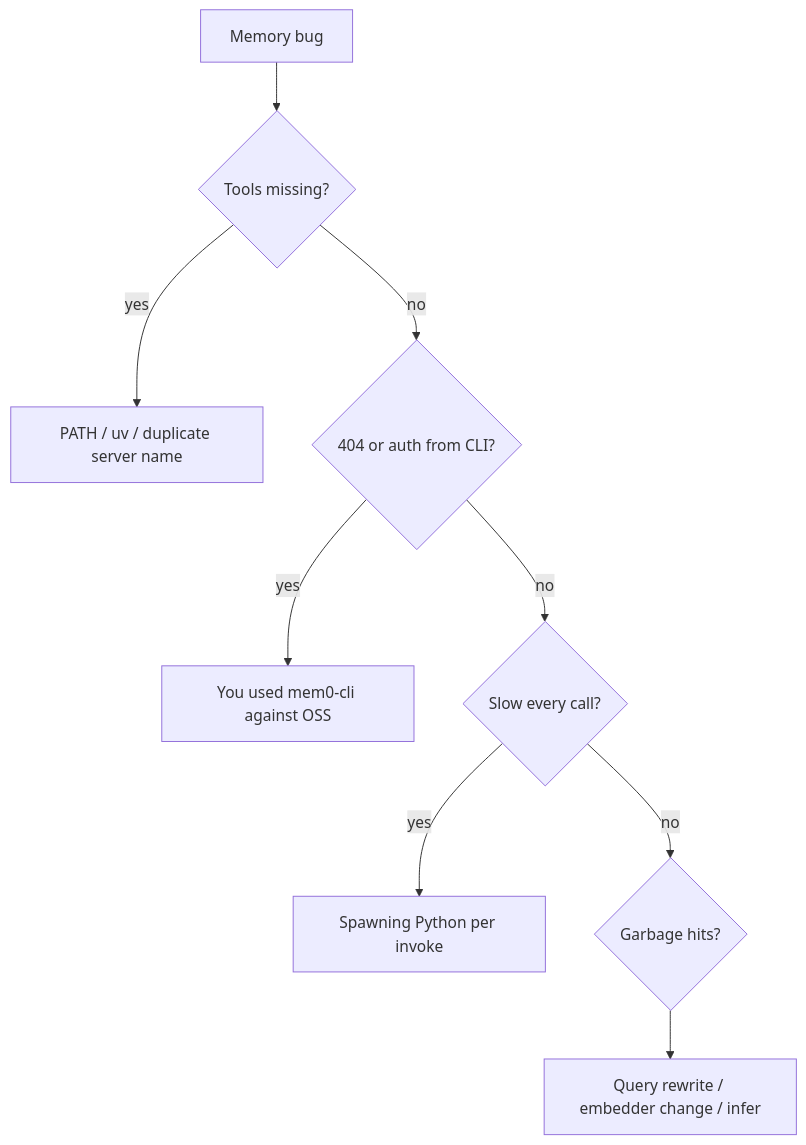
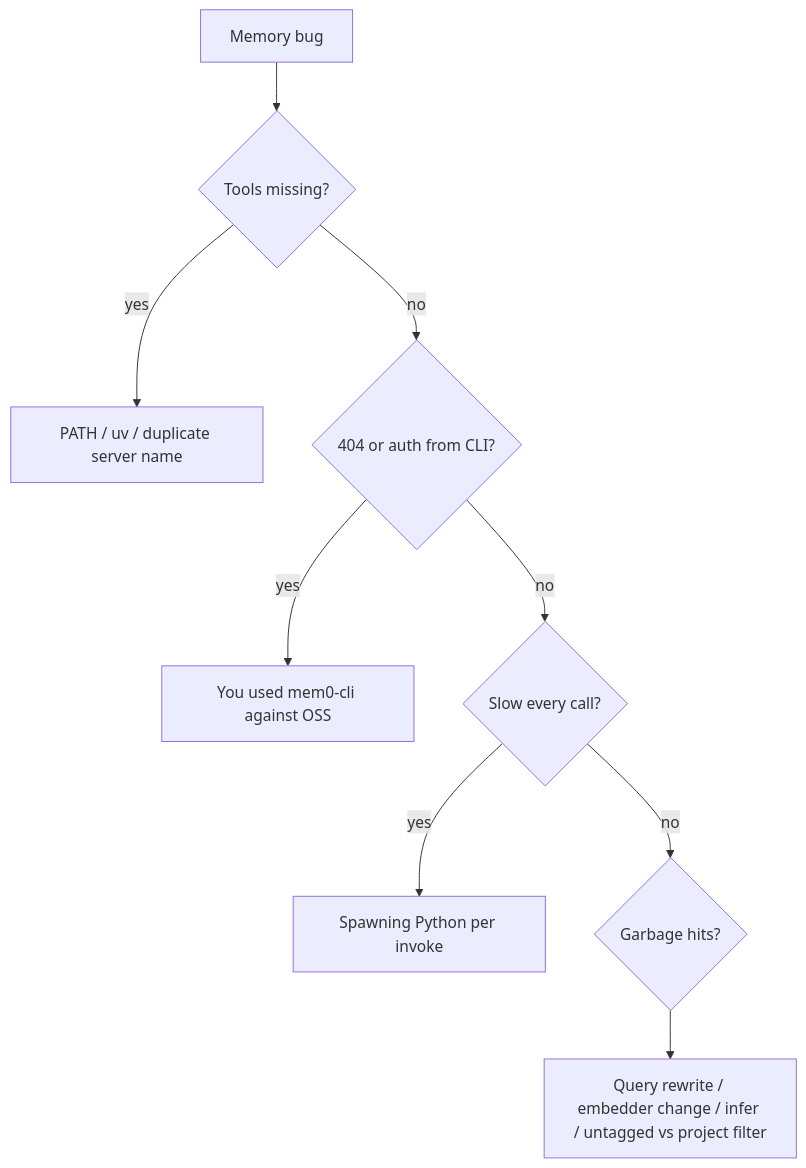
One commit to bdombro/mem0-lite changed the diagram in docs/footguns.md. Above: the diagram before and after it, drawn with Mermaid. The commit also changed other lines of this file and 24 other files, not shown here.

````diff
--- a/docs/footguns.md
+++ b/docs/footguns.md
@@ -78,12 +126,12 @@
 ```mermaid
 flowchart TD
   A[Memory bug]
   A --> B{Tools missing?}
   B -->|yes| C[PATH / uv / duplicate server name]
   B -->|no| D{404 or auth from CLI?}
   D -->|yes| E[You used mem0-cli against OSS]
   D -->|no| F{Slow every call?}
   F -->|yes| G[Spawning Python per invoke]
   F -->|no| H{Garbage hits?}
-  H --> I[Query rewrite / embedder change / infer]
+  H --> I[Query rewrite / embedder change / infer / untagged vs project filter]
 ```
````
